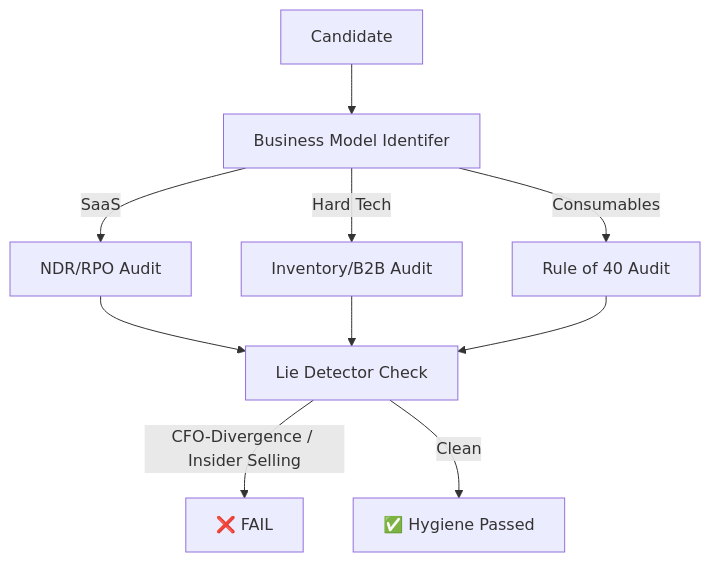
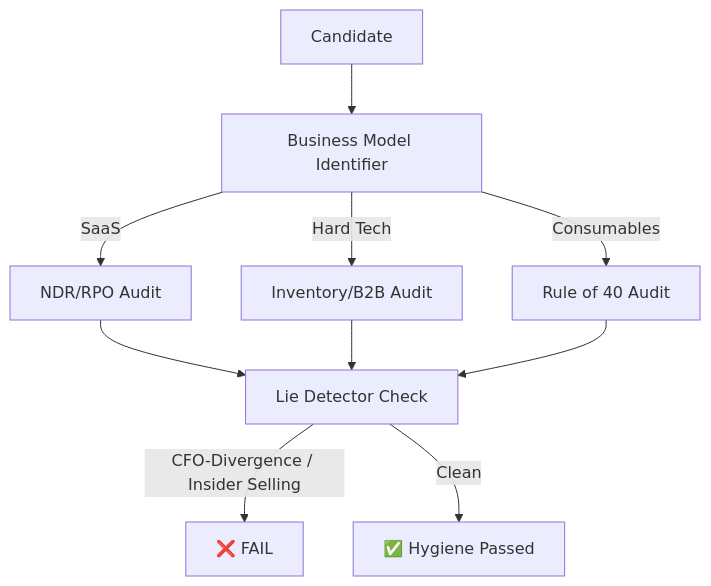
One commit to WayneJinOSU/growth_ai changed the second of 18 diagrams in README.md. Above: the diagram before and after it, drawn with Mermaid. The commit also changed other lines of this file, not shown here.

````diff
--- a/README.md
+++ b/README.md
@@ -37,10 +44,10 @@
 ```mermaid
-graph TD
-    In[Candidate] --> Seg[Business Model Identifer]
-    Seg -- "SaaS" --> SaaS[NDR/RPO Audit]
-    Seg -- "Hard Tech" --> Hard[Inventory/B2B Audit]
-    Seg -- "Consumables" --> Cons[Rule of 40 Audit]
-    SaaS & Hard & Cons --> Lie[Lie Detector Check]
-    Lie -- "CFO-Divergence / Insider Selling" --> Fail[❌ FAIL]
-    Lie -- "Clean" --> Out[✅ Hygiene Passed]
+flowchart TD
+    In["Candidate"] --> Seg["Business Model Identifier"]
+    Seg -- "SaaS" --> SaaS["NDR/RPO Audit"]
+    Seg -- "Hard Tech" --> Hard["Inventory/B2B Audit"]
+    Seg -- "Consumables" --> Cons["Rule of 40 Audit"]
+    SaaS & Hard & Cons --> Lie["Lie Detector Check"]
+    Lie -- "CFO-Divergence / Insider Selling" --> Fail["❌ FAIL"]
+    Lie -- "Clean" --> Out["✅ Hygiene Passed"]
 ```
````
